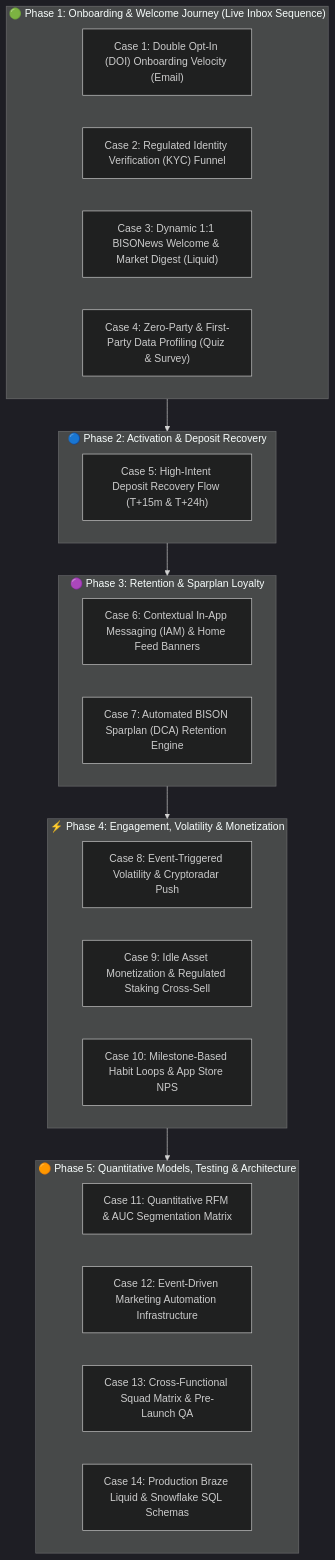
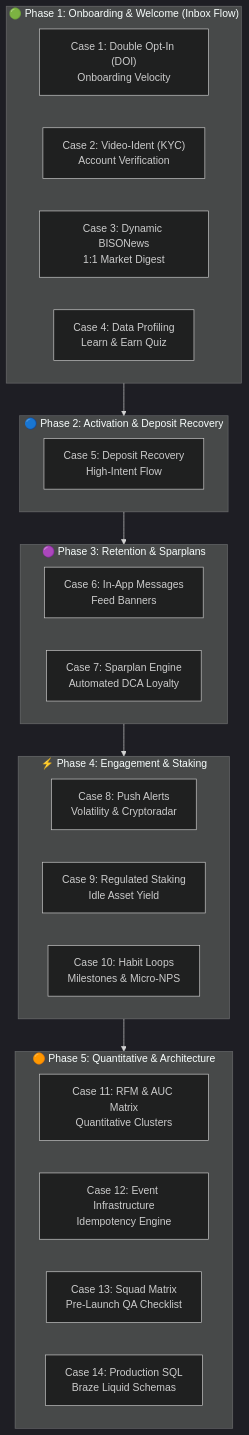
The diagram in README.md (Faizan021/crypto-trading-growth-engine), drawn with Mermaid (dark theme) before and after one commit.

Commit message:
fix(readme): fix GitHub Mermaid box text clipping with clean 2-line wrapped labels

````diff
--- a/README.md
+++ b/README.md
@@ -18,33 +18,33 @@
 ```mermaid
 flowchart TD
-    subgraph PHASE1["🟢 Phase 1: Onboarding & Welcome Journey (Live Inbox Sequence)"]
-        C1["Case 1: Double Opt-In (DOI) Onboarding Velocity (Email)"]
-        C2["Case 2: Regulated Identity Verification (KYC) Funnel"]
-        C3["Case 3: Dynamic 1:1 BISONews Welcome & Market Digest (Liquid)"]
-        C4["Case 4: Zero-Party & First-Party Data Profiling (Quiz & Survey)"]
+    subgraph PHASE1["🟢 Phase 1: Onboarding & Welcome (Inbox Flow)"]
+        C1["Case 1: Double Opt-In (DOI)<br/>Onboarding Velocity"]
+        C2["Case 2: Video-Ident (KYC)<br/>Account Verification"]
+        C3["Case 3: Dynamic BISONews<br/>1:1 Market Digest"]
+        C4["Case 4: Data Profiling<br/>Learn & Earn Quiz"]
     end
 
     subgraph PHASE2["🔵 Phase 2: Activation & Deposit Recovery"]
-        C5["Case 5: High-Intent Deposit Recovery Flow (T+15m & T+24h)"]
+        C5["Case 5: Deposit Recovery<br/>High-Intent Flow"]
     end
 
-    subgraph PHASE3["🟣 Phase 3: Retention & Sparplan Loyalty"]
-        C6["Case 6: Contextual In-App Messaging (IAM) & Home Feed Banners"]
-        C7["Case 7: Automated BISON Sparplan (DCA) Retention Engine"]
+    subgraph PHASE3["🟣 Phase 3: Retention & Sparplans"]
+        C6["Case 6: In-App Messages<br/>Feed Banners"]
+        C7["Case 7: Sparplan Engine<br/>Automated DCA Loyalty"]
     end
 
-    subgraph PHASE4["⚡ Phase 4: Engagement, Volatility & Monetization"]
-        C8["Case 8: Event-Triggered Volatility & Cryptoradar Push"]
-        C9["Case 9: Idle Asset Monetization & Regulated Staking Cross-Sell"]
-        C10["Case 10: Milestone-Based Habit Loops & App Store NPS"]
+    subgraph PHASE4["⚡ Phase 4: Engagement & Staking"]
+        C8["Case 8: Push Alerts<br/>Volatility & Cryptoradar"]
+        C9["Case 9: Regulated Staking<br/>Idle Asset Yield"]
+        C10["Case 10: Habit Loops<br/>Milestones & Micro-NPS"]
     end
 
-    subgraph PHASE5["🟠 Phase 5: Quantitative Models, Testing & Architecture"]
-        C11["Case 11: Quantitative RFM & AUC Segmentation Matrix"]
-        C12["Case 12: Event-Driven Marketing Automation Infrastructure"]
-        C13["Case 13: Cross-Functional Squad Matrix & Pre-Launch QA"]
-        C14["Case 14: Production Braze Liquid & Snowflake SQL Schemas"]
+    subgraph PHASE5["🟠 Phase 5: Quantitative & Architecture"]
+        C11["Case 11: RFM & AUC Matrix<br/>Quantitative Clusters"]
+        C12["Case 12: Event Infrastructure<br/>Idempotency Engine"]
+        C13["Case 13: Squad Matrix<br/>Pre-Launch QA Checklist"]
+        C14["Case 14: Production SQL<br/>Braze Liquid Schemas"]
     end
 
     PHASE1 --> PHASE2 --> PHASE3 --> PHASE4 --> PHASE5
 ```
````
